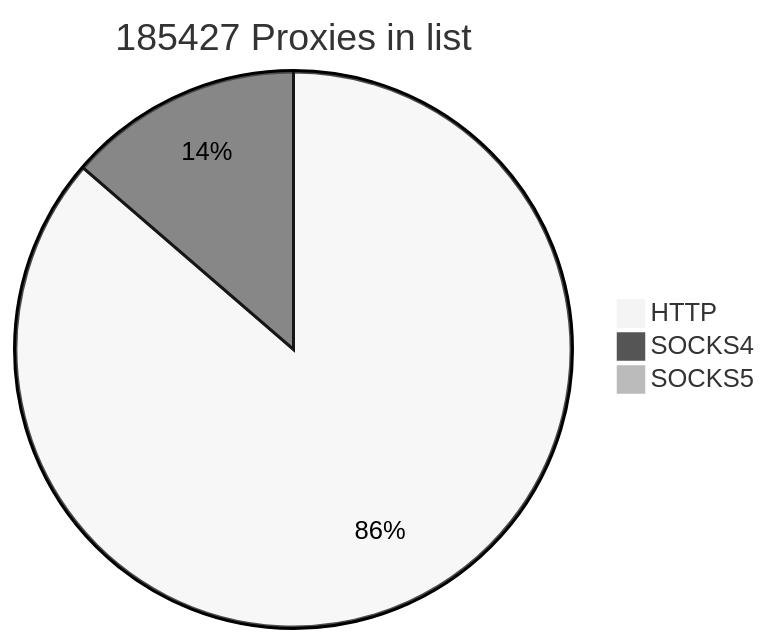
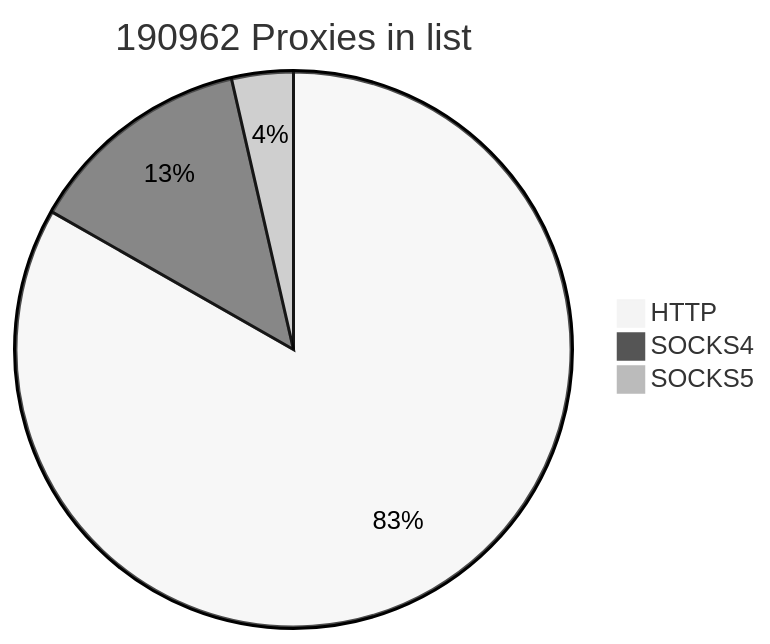
One commit to cutipu/proxylist changed the first of 2 diagrams in README.md. Above: the diagram before and after it, drawn with Mermaid (neutral theme). The commit also changed other lines of this file, not shown here.

````diff
--- a/README.md
+++ b/README.md
@@ -2,7 +2,7 @@
 ```mermaid
-pie title 185427 Proxies in list
-    "HTTP" : 158971
-    "SOCKS4" : 25156
-    "SOCKS5" : 1300
+pie title 190962 Proxies in list
+    "HTTP" : 158966
+    "SOCKS4" : 25153
+    "SOCKS5" : 6843
             
 ```
````
